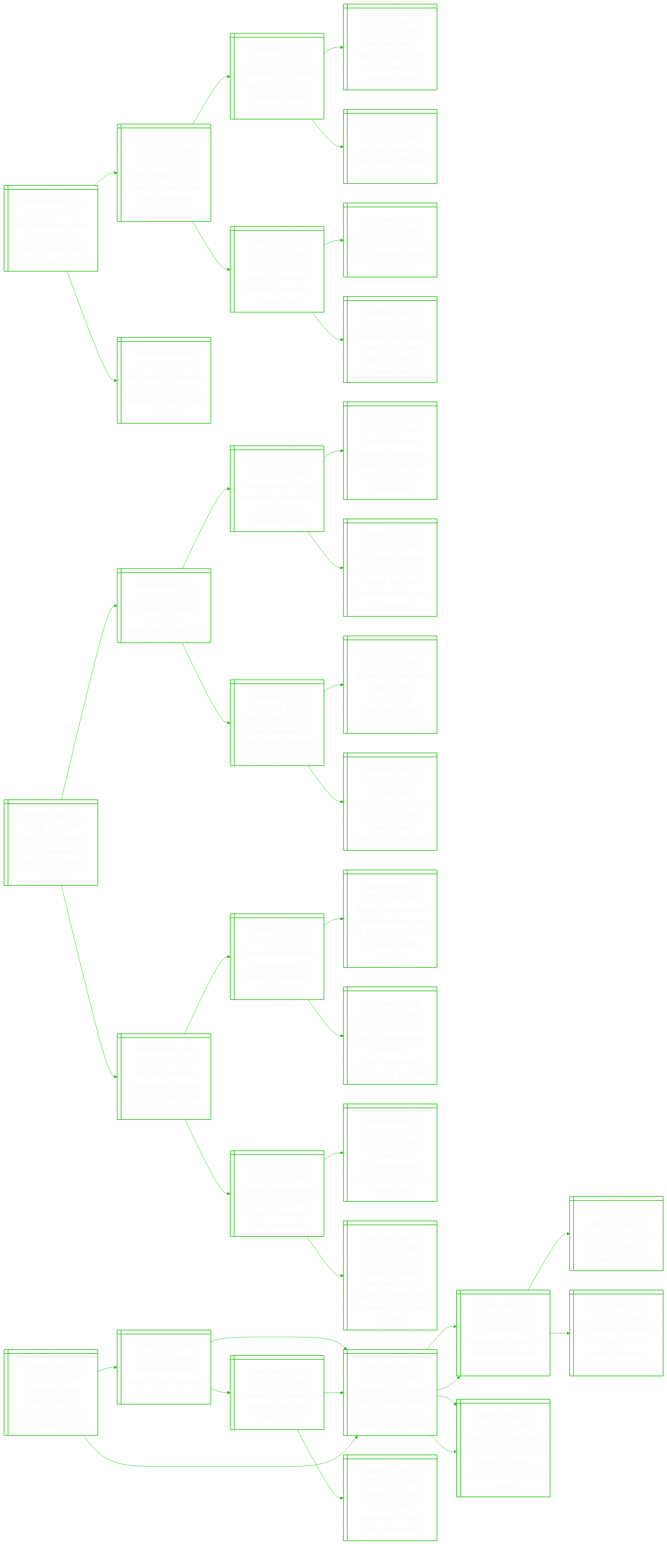
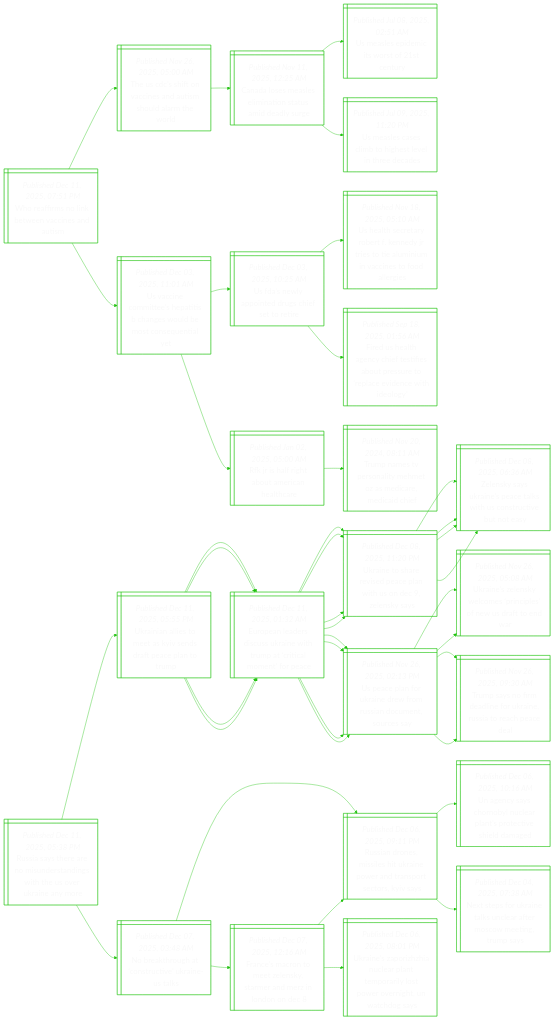
Before and after one commit to notJmes/notJmes: the diagram in README.md, drawn with Mermaid. The commit also changed other lines of this file, not shown here.

````diff
--- a/README.md
+++ b/README.md
@@ -16,118 +16,130 @@
 flowchart LR
 classDef txtsize font-size:20px;
 
-Tonranissssaa@{ shape: win-pane, label: "_Published Dec 11, 2025, 02:17 PM_
-Trial of chinese crime gangs in italian fashion stalls amid sabotage fears" }
-CnnCeiirmtconurt@{ shape: win-pane, label: "_Published Oct 18, 2025, 11:34 PM_
-Criminal gangs in china exploit us gift cards to move stolen cash: homeland security report" }
-Uitiasemiohtn@{ shape: win-pane, label: "_Published Oct 07, 2025, 08:25 PM_
-Uk police hit criminal gang suspected of smuggling stolen phones to china" }
-Pptiesslants@{ shape: win-pane, label: "_Published Aug 17, 2025, 01:35 PM_
-‘pickypockets!’ vigilante pairs with social media on london streets" }
-Urdmifdef@{ shape: win-pane, label: "_Published Mar 19, 2025, 08:38 AM_
-Uk court finds two men guilty of $4.8m gold toilet theft" }
-CrldrritrnbU@{ shape: win-pane, label: "_Published Apr 21, 2025, 02:08 PM_
-‘cancer’ of billion-dollar cyberscam industry spreading globally: un" }
-SesvebnuMa@{ shape: win-pane, label: "_Published Feb 15, 2025, 08:10 AM_
-Scam centre survivors tell of beatings, abuse in myanmar" }
-Tatelneppon@{ shape: win-pane, label: "_Published Feb 05, 2025, 05:26 PM_
-Thailand cuts power, fuel and internet supply to parts of myanmar" }
-Iatpnnrasnar@{ shape: win-pane, label: "_Published Aug 04, 2025, 08:45 PM_
-Italy arrests 13 people in nationwide raids against chinese mafia groups" }
+Wamitvnds@{ shape: win-pane, label: "_Published Dec 11, 2025, 07:51 PM_
+Who reaffirms no link between vaccines and autism" }
+TChniniolhl@{ shape: win-pane, label: "_Published Nov 26, 2025, 05:00 AM_
+The us cdc’s shift on vaccines and autism should alarm the world" }
+Caslittaes@{ shape: win-pane, label: "_Published Nov 11, 2025, 12:25 AM_
+Canada loses measles elimination status amid deadly surge" }
+Uspiwoey@{ shape: win-pane, label: "_Published Jul 08, 2025, 02:51 AM_
+Us measles epidemic its worst of 21st century" }
+Usaloevtde@{ shape: win-pane, label: "_Published Jul 09, 2025, 11:20 PM_
+Us measles cases climb to highest level in three decades" }
+Ucotethsdssny@{ shape: win-pane, label: "_Published Dec 03, 2025, 11:01 AM_
+Us vaccine committee’s hepatitis b changes would be most consequential yet" }
+Usyidcsre@{ shape: win-pane, label: "_Published Dec 03, 2025, 10:25 AM_
+Us fda’s newly appointed drugs chief set to retire" }
+Ulcreeyituuaeole@{ shape: win-pane, label: "_Published Nov 18, 2025, 05:10 AM_
+Us health secretary robert f. kennedy jr tries to tie aluminium in vaccines to food allergies" }
+FUleheioeepento@{ shape: win-pane, label: "_Published Sep 18, 2025, 01:56 AM_
+Fired us health agency chief testifies about pressure to ‘replace evidence with ideology’" }
+Rifttiec@{ shape: win-pane, label: "_Published Jan 02, 2025, 05:00 AM_
+Rfk jr is half right about american healthcare" }
+TnTsihzdech@{ shape: win-pane, label: "_Published Nov 20, 2024, 08:11 AM_
+Trump names tv personality mehmet oz as medicare, medicaid chief" }
 
-Tonranissssaa:::txtsize --> CnnCeiirmtconurt:::txtsize
-CnnCeiirmtconurt:::txtsize --> Uitiasemiohtn:::txtsize
-Uitiasemiohtn:::txtsize --> Pptiesslants:::txtsize
-Uitiasemiohtn:::txtsize --> Urdmifdef:::txtsize
-CnnCeiirmtconurt:::txtsize --> CrldrritrnbU:::txtsize
-CrldrritrnbU:::txtsize --> SesvebnuMa:::txtsize
-CrldrritrnbU:::txtsize --> Tatelneppon:::txtsize
-Tonranissssaa:::txtsize --> Iatpnnrasnar:::txtsize
+Wamitvnds:::txtsize --> TChniniolhl:::txtsize
+TChniniolhl:::txtsize --> Caslittaes:::txtsize
+Caslittaes:::txtsize --> Uspiwoey:::txtsize
+Caslittaes:::txtsize --> Usaloevtde:::txtsize
+Wamitvnds:::txtsize --> Ucotethsdssny:::txtsize
+Ucotethsdssny:::txtsize --> Usyidcsre:::txtsize
+Usyidcsre:::txtsize --> Ulcreeyituuaeole:::txtsize
+Usyidcsre:::txtsize --> FUleheioeepento:::txtsize
+Ucotethsdssny:::txtsize --> Rifttiec:::txtsize
+Rifttiec:::txtsize --> TnTsihzdech:::txtsize
 
-Oaohnzakrnee@{ shape: win-pane, label: "_Published Dec 11, 2025, 12:52 PM_
-Over 30 sanctioned ships in venezuela at risk after us tanker seizure" }
-Uzlecoeap@{ shape: win-pane, label: "_Published Dec 11, 2025, 06:22 AM_
-Us seizes oil tanker off coast of venezuela, trump says" }
-TenurneCbVuo@{ shape: win-pane, label: "_Published Dec 09, 2025, 09:52 PM_
-Trump eyes anti-drug operations in mexico, colombia as venezuela looms" }
-Siurymeoarnolu@{ shape: win-pane, label: "_Published Dec 06, 2025, 02:26 AM_
-Sweeping trump strategy document seeks to reframe us’ role in the world, slams europe" }
-Uirdotoeramzsho@{ shape: win-pane, label: "_Published Dec 02, 2025, 04:09 AM_
-Us admiral ordered follow-up strike on alleged drug boat from venezuela, says white house" }
-VulScpifromlMo@{ shape: win-pane, label: "_Published Dec 01, 2025, 07:49 AM_
-Venezuela slams us attack preparations after trump confirms call with maduro" }
-Tsicvsugztliee@{ shape: win-pane, label: "_Published Nov 29, 2025, 09:19 PM_
-Trump says airspace above and surrounding venezuela to be closed in its entirety" }
-UgVuMoceoyRllk@{ shape: win-pane, label: "_Published Dec 01, 2025, 05:07 AM_
-Us has given venezuela’s maduro chance to leave country, says republican lawmaker" }
-UeoVugartipu@{ shape: win-pane, label: "_Published Nov 24, 2025, 10:38 PM_
-Us labels another venezuelan group as terrorist, ramping up pressure" }
-Taitrrwdaghe@{ shape: win-pane, label: "_Published Nov 25, 2025, 05:17 AM_
-Trump administration orders review of biden-era refugees, shows memo" }
-TaitenuaicwSAa@{ shape: win-pane, label: "_Published Aug 15, 2025, 06:14 PM_
-Trump administration weighing refugee cap of 40,000 with focus on white south africans" }
-Usossyrocuienrs@{ shape: win-pane, label: "_Published Nov 24, 2025, 10:43 PM_
-Us ends temporary status for myanmar nationals, cites upcoming elections as ‘progress’" }
-Saeiannhlsnleag@{ shape: win-pane, label: "_Published Nov 23, 2025, 05:12 AM_
-Several international airlines cancel their flights in venezuela after us warning" }
-Ucceinaeiiburz@{ shape: win-pane, label: "_Published Nov 17, 2025, 03:14 AM_
-Us aircraft carrier arrives in the caribbean amid military build-up near venezuela" }
-Vuapiaaobiitloteb@{ shape: win-pane, label: "_Published Nov 21, 2025, 11:47 AM_
-Venezuela says opposition leader machado will be ‘fugitive’ if she travels to norway to accept nobel" }
+Unlttidfcnu@{ shape: win-pane, label: "_Published Dec 11, 2025, 05:55 PM_
+Ukrainian allies to meet as kyiv sends draft peace plan to trump" }
+Eeadsaiuccmoc@{ shape: win-pane, label: "_Published Dec 11, 2025, 01:32 AM_
+European leaders discuss ukraine with trump at ‘critical moment’ for peace" }
+Ucnkefunmos@{ shape: win-pane, label: "_Published Nov 26, 2025, 02:13 PM_
+Us peace plan for ukraine drew from russian document, sources say" }
+Tsodirisohe@{ shape: win-pane, label: "_Published Nov 26, 2025, 09:30 AM_
+Trump says no firm deadline for ukraine, russia to reach peace deal" }
+UnlyorpfStd@{ shape: win-pane, label: "_Published Nov 26, 2025, 05:08 AM_
+Ukraine’s zelensky welcomes ‘principles’ of new us draft to end war" }
+UnhedewScna@{ shape: win-pane, label: "_Published Dec 08, 2025, 11:20 PM_
+Ukraine to share revised peace plan with us on dec 9, zelensky says" }
+ZsyaptwStita@{ shape: win-pane, label: "_Published Dec 08, 2025, 06:36 AM_
+Zelensky says ukraine’s peace talks with us constructive but not easy" }
+ZsyaptwStita@{ shape: win-pane, label: "_Published Dec 08, 2025, 06:36 AM_
+Zelensky says ukraine’s peace talks with us constructive but not easy" }
+Eeadsaiuccmoc@{ shape: win-pane, label: "_Published Dec 11, 2025, 01:32 AM_
+European leaders discuss ukraine with trump at ‘critical moment’ for peace" }
+Ucnkefunmos@{ shape: win-pane, label: "_Published Nov 26, 2025, 02:13 PM_
+Us peace plan for ukraine drew from russian document, sources say" }
+Tsodirisohe@{ shape: win-pane, label: "_Published Nov 26, 2025, 09:30 AM_
+Trump says no firm deadline for ukraine, russia to reach peace deal" }
+UnlyorpfStd@{ shape: win-pane, label: "_Published Nov 26, 2025, 05:08 AM_
+Ukraine’s zelensky welcomes ‘principles’ of new us draft to end war" }
+UnhedewScna@{ shape: win-pane, label: "_Published Dec 08, 2025, 11:20 PM_
+Ukraine to share revised peace plan with us on dec 9, zelensky says" }
+ZsyaptwStita@{ shape: win-pane, label: "_Published Dec 08, 2025, 06:36 AM_
+Zelensky says ukraine’s peace talks with us constructive but not easy" }
+ZsyaptwStita@{ shape: win-pane, label: "_Published Dec 08, 2025, 06:36 AM_
+Zelensky says ukraine’s peace talks with us constructive but not easy" }
 
-Oaohnzakrnee:::txtsize --> Uzlecoeap:::txtsize
-Uzlecoeap:::txtsize --> TenurneCbVuo:::txtsize
-TenurneCbVuo:::txtsize --> Siurymeoarnolu:::txtsize
-TenurneCbVuo:::txtsize --> Uirdotoeramzsho:::txtsize
-Uzlecoeap:::txtsize --> VulScpifromlMo:::txtsize
-VulScpifromlMo:::txtsize --> Tsicvsugztliee:::txtsize
-VulScpifromlMo:::txtsize --> UgVuMoceoyRllk:::txtsize
-Oaohnzakrnee:::txtsize --> UeoVugartipu:::txtsize
-UeoVugartipu:::txtsize --> Taitrrwdaghe:::txtsize
-Taitrrwdaghe:::txtsize --> TaitenuaicwSAa:::txtsize
-Taitrrwdaghe:::txtsize --> Usossyrocuienrs:::txtsize
-UeoVugartipu:::txtsize --> Saeiannhlsnleag:::txtsize
-Saeiannhlsnleag:::txtsize --> Ucceinaeiiburz:::txtsize
-Saeiannhlsnleag:::txtsize --> Vuapiaaobiitloteb:::txtsize
+Unlttidfcnu:::txtsize --> Eeadsaiuccmoc:::txtsize
+Eeadsaiuccmoc:::txtsize --> Ucnkefunmos:::txtsize
+Ucnkefunmos:::txtsize --> Tsodirisohe:::txtsize
+Ucnkefunmos:::txtsize --> UnlyorpfStd:::txtsize
+Eeadsaiuccmoc:::txtsize --> UnhedewScna:::txtsize
+UnhedewScna:::txtsize --> ZsyaptwStita:::txtsize
+UnhedewScna:::txtsize --> ZsyaptwStita:::txtsize
+Unlttidfcnu:::txtsize --> Eeadsaiuccmoc:::txtsize
+Eeadsaiuccmoc:::txtsize --> Ucnkefunmos:::txtsize
+Ucnkefunmos:::txtsize --> Tsodirisohe:::txtsize
+Ucnkefunmos:::txtsize --> UnlyorpfStd:::txtsize
+Eeadsaiuccmoc:::txtsize --> UnhedewScna:::txtsize
+UnhedewScna:::txtsize --> ZsyaptwStita:::txtsize
+UnhedewScna:::txtsize --> ZsyaptwStita:::txtsize
 
-UatwrmetpyiU@{ shape: win-pane, label: "_Published Dec 11, 2025, 12:45 PM_
-Unusually strong winter storms expected to drop heavy snow in the us" }
-ActsrrsUuec@{ shape: win-pane, label: "_Published Dec 06, 2025, 08:00 AM_
-Arctic blast grips central, north-eastern us in sub-freezing cold" }
-NrysoleavwutEn@{ shape: win-pane, label: "_Published Dec 02, 2025, 09:22 PM_
-New york city faces risk of airline delays as heavy snow hits upstate, new england" }
-Uphdpsdaitl@{ shape: win-pane, label: "_Published Nov 27, 2025, 01:30 PM_
-Us airports hit by disruptions ahead of thanksgiving travel boom" }
-Lotlrehuoogene@{ shape: win-pane, label: "_Published Nov 13, 2025, 02:45 PM_
-Look cool in the cold: your winter fashion guide to tokyo, shanghai, seoul and more" }
-Snswtsltio@{ shape: win-pane, label: "_Published Dec 05, 2025, 08:00 AM_
-Season’s first snowfall throws seoul into traffic chaos" }
-MFeafsasru@{ shape: win-pane, label: "_Published Oct 23, 2025, 12:00 PM_
-Mount fuji gets season’s first snowcap, 21 days later than usual" }
-NrysoleavwutEn@{ shape: win-pane, label: "_Published Dec 02, 2025, 09:22 PM_
-New york city faces risk of airline delays as heavy snow hits upstate, new england" }
-NrysoleavwutEn@{ shape: win-pane, label: "_Published Dec 02, 2025, 09:22 PM_
-New york city faces risk of airline delays as heavy snow hits upstate, new england" }
-Uphdpsdaitl@{ shape: win-pane, label: "_Published Nov 27, 2025, 01:30 PM_
-Us airports hit by disruptions ahead of thanksgiving travel boom" }
-Uvenounpiu@{ shape: win-pane, label: "_Published Nov 07, 2025, 10:28 AM_
-Us travel woes mount as govt shutdown prompts flight cuts" }
-Uelctrfnacr@{ shape: win-pane, label: "_Published Nov 13, 2025, 10:15 AM_
-Us freezes flight cuts at 6% as air traffic control absences shrink" }
-Lotlrehuoogene@{ shape: win-pane, label: "_Published Nov 13, 2025, 02:45 PM_
-Look cool in the cold: your winter fashion guide to tokyo, shanghai, seoul and more" }
+RatamdaghSUnm@{ shape: win-pane, label: "_Published Dec 11, 2025, 05:38 PM_
+Russia says there are no misunderstandings with the us over ukraine any more" }
+NaottirUk@{ shape: win-pane, label: "_Published Dec 07, 2025, 03:48 AM_
+No breakthrough at ‘constructive’ ukraine-us talks" }
+RansskerrocKa@{ shape: win-pane, label: "_Published Dec 06, 2025, 09:11 PM_
+Russian drones, missiles hit ukraine power and transport sectors, kyiv says" }
+Ntoaanrrotra@{ shape: win-pane, label: "_Published Dec 04, 2025, 07:38 AM_
+Next steps for ukraine talks unclear after moscow meeting, trump says" }
+Unyrlearthde@{ shape: win-pane, label: "_Published Dec 06, 2025, 10:16 AM_
+Un agency says chornobyl nuclear plant’s protective shield damaged" }
+Fermekrnznn@{ shape: win-pane, label: "_Published Dec 07, 2025, 12:16 AM_
+France’s macron to meet zelensky, starmer and merz in london on dec 8" }
+RansskerrocKa@{ shape: win-pane, label: "_Published Dec 06, 2025, 09:11 PM_
+Russian drones, missiles hit ukraine power and transport sectors, kyiv says" }
+Unphnanpiserttg@{ shape: win-pane, label: "_Published Dec 06, 2025, 08:01 PM_
+Ukraine’s zaporizhzhia nuclear plant temporarily lost power overnight, un watchdog says" }
+Unlttidfcnu@{ shape: win-pane, label: "_Published Dec 11, 2025, 05:55 PM_
+Ukrainian allies to meet as kyiv sends draft peace plan to trump" }
+Eeadsaiuccmoc@{ shape: win-pane, label: "_Published Dec 11, 2025, 01:32 AM_
+European leaders discuss ukraine with trump at ‘critical moment’ for peace" }
+Ucnkefunmos@{ shape: win-pane, label: "_Published Nov 26, 2025, 02:13 PM_
+Us peace plan for ukraine drew from russian document, sources say" }
+UnhedewScna@{ shape: win-pane, label: "_Published Dec 08, 2025, 11:20 PM_
+Ukraine to share revised peace plan with us on dec 9, zelensky says" }
+Eeadsaiuccmoc@{ shape: win-pane, label: "_Published Dec 11, 2025, 01:32 AM_
+European leaders discuss ukraine with trump at ‘critical moment’ for peace" }
+Ucnkefunmos@{ shape: win-pane, label: "_Published Nov 26, 2025, 02:13 PM_
+Us peace plan for ukraine drew from russian document, sources say" }
+UnhedewScna@{ shape: win-pane, label: "_Published Dec 08, 2025, 11:20 PM_
+Ukraine to share revised peace plan with us on dec 9, zelensky says" }
 
-UatwrmetpyiU:::txtsize --> ActsrrsUuec:::txtsize
-ActsrrsUuec:::txtsize --> NrysoleavwutEn:::txtsize
-NrysoleavwutEn:::txtsize --> Uphdpsdaitl:::txtsize
-NrysoleavwutEn:::txtsize --> Lotlrehuoogene:::txtsize
-ActsrrsUuec:::txtsize --> Snswtsltio:::txtsize
-Snswtsltio:::txtsize --> MFeafsasru:::txtsize
-Snswtsltio:::txtsize --> NrysoleavwutEn:::txtsize
-UatwrmetpyiU:::txtsize --> NrysoleavwutEn:::txtsize
-NrysoleavwutEn:::txtsize --> Uphdpsdaitl:::txtsize
-Uphdpsdaitl:::txtsize --> Uvenounpiu:::txtsize
-Uphdpsdaitl:::txtsize --> Uelctrfnacr:::txtsize
-NrysoleavwutEn:::txtsize --> Lotlrehuoogene:::txtsize
+RatamdaghSUnm:::txtsize --> NaottirUk:::txtsize
+NaottirUk:::txtsize --> RansskerrocKa:::txtsize
+RansskerrocKa:::txtsize --> Ntoaanrrotra:::txtsize
+RansskerrocKa:::txtsize --> Unyrlearthde:::txtsize
+NaottirUk:::txtsize --> Fermekrnznn:::txtsize
+Fermekrnznn:::txtsize --> RansskerrocKa:::txtsize
+Fermekrnznn:::txtsize --> Unphnanpiserttg:::txtsize
+RatamdaghSUnm:::txtsize --> Unlttidfcnu:::txtsize
+Unlttidfcnu:::txtsize --> Eeadsaiuccmoc:::txtsize
+Eeadsaiuccmoc:::txtsize --> Ucnkefunmos:::txtsize
+Eeadsaiuccmoc:::txtsize --> UnhedewScna:::txtsize
+Unlttidfcnu:::txtsize --> Eeadsaiuccmoc:::txtsize
+Eeadsaiuccmoc:::txtsize --> Ucnkefunmos:::txtsize
+Eeadsaiuccmoc:::txtsize --> UnhedewScna:::txtsize
 
 ```
````
